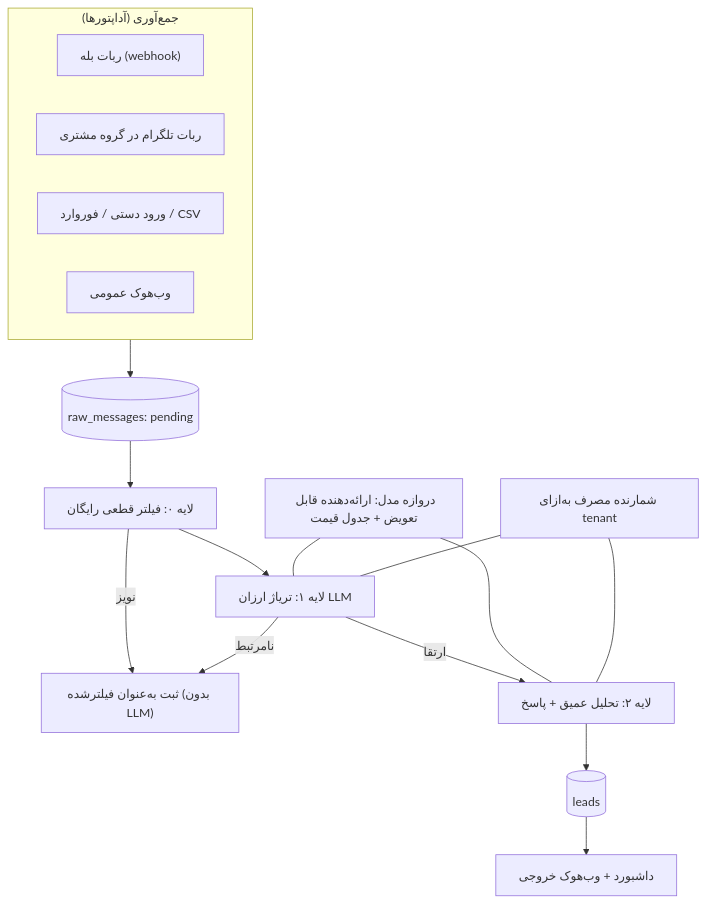
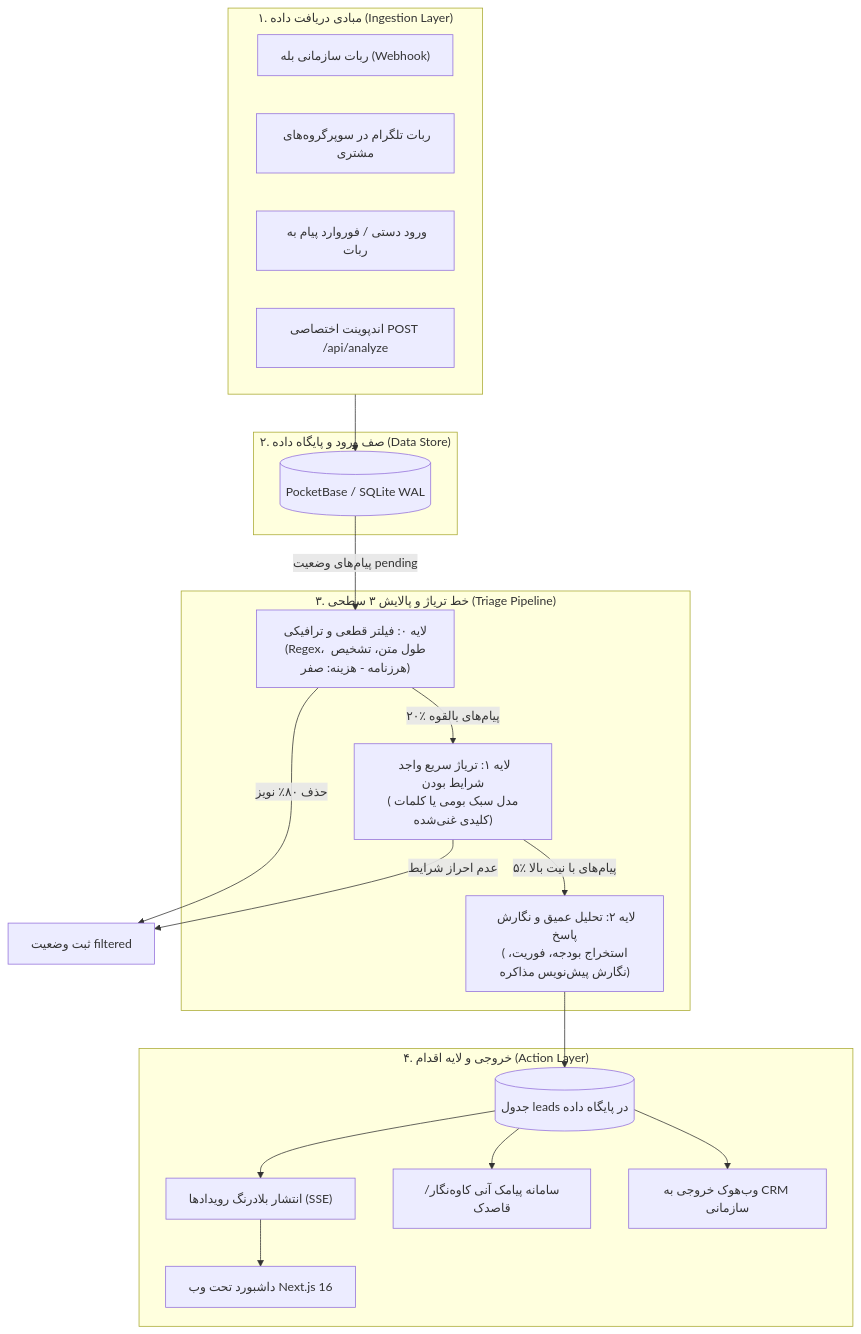
One commit to parsanaderidev/radar changed the first of 2 diagrams in docs/TechnicalDocumentation.md. Above: the diagram before and after it, drawn with Mermaid. The commit also changed other lines of this file and 13 other files, not shown here.

````diff
--- a/docs/TechnicalDocumentation.md
+++ b/docs/TechnicalDocumentation.md
@@ -61,21 +20,38 @@
 ```mermaid
-graph TD
-    subgraph Ingestion["جمع‌آوری (آداپتورها)"]
-      A1["ربات بله (webhook)"]
-      A2["ربات تلگرام در گروه مشتری"]
-      A3["ورود دستی / فوروارد / CSV"]
-      A4["وب‌هوک عمومی"]
+flowchart TD
+    subgraph S["۱. مبادی دریافت داده (Ingestion Layer)"]
+        S1["ربات سازمانی بله (Webhook)"]
+        S2["ربات تلگرام در سوپرگروه‌های مشتری"]
+        S3["ورود دستی / فوروارد پیام به ربات"]
+        S4["اندپوینت اختصاصی POST /api/analyze"]
     end
-    Ingestion --> Q[("raw_messages: pending")]
-    Q --> P0["لایه ۰: فیلتر قطعی رایگان"]
-    P0 -->|"نویز"| DROP["ثبت به‌عنوان فیلترشده (بدون LLM)"]
-    P0 --> P1["لایه ۱: تریاژ ارزان LLM"]
-    P1 -->|"ارتقا"| P2["لایه ۲: تحلیل عمیق + پاسخ"]
-    P1 -->|"نامرتبط"| DROP
-    P2 --> LEADS[("leads")]
-    LEADS --> UI["داشبورد + وب‌هوک خروجی"]
-    GW["دروازه مدل: ارائه‌دهنده قابل تعویض + جدول قیمت"] --- P1
-    GW --- P2
-    METER["شمارنده مصرف به‌ازای tenant"] --- P1
-    METER --- P2
+
+    subgraph Q["۲. صف ورود و پایگاه داده (Data Store)"]
+        DB[("PocketBase / SQLite WAL")]
+    end
+
+    subgraph T["۳. خط تریاژ و پالایش ۳ سطحی (Triage Pipeline)"]
+        L0["لایه ۰: فیلتر قطعی و ترافیکی<br/>(Regex، طول متن، تشخیص هرزنامه - هزینه: صفر)"]
+        L1["لایه ۱: تریاژ سریع واجد شرایط بودن<br/>(مدل سبک بومی یا کلمات کلیدی غنی‌شده)"]
+        L2["لایه ۲: تحلیل عمیق و نگارش پاسخ<br/>(استخراج بودجه، فوریت، نگارش پیش‌نویس مذاکره)"]
+    end
+
+    subgraph O["۴. خروجی و لایه اقدام (Action Layer)"]
+        LEAD[("جدول leads در پایگاه داده")]
+        SSE["انتشار بلادرنگ رویدادها (SSE)"]
+        SMS["سامانه پیامک آنی کاوه‌نگار/قاصدک"]
+        CRM["وب‌هوک خروجی به CRM سازمانی"]
+        UI["داشبورد تحت وب Next.js 16"]
+    end
+
+    S --> DB
+    DB -->|"پیام‌های وضعیت pending"| L0
+    L0 -->|"حذف ۸۰٪ نویز"| TRASH["ثبت وضعیت filtered"]
+    L0 -->|"۲۰٪ پیام‌های بالقوه"| L1
+    L1 -->|"عدم احراز شرایط"| TRASH
+    L1 -->|"۵٪ پیام‌های با نیت بالا"| L2
+    L2 --> LEAD
+    LEAD --> SSE --> UI
+    LEAD --> SMS
+    LEAD --> CRM
 ```
````
